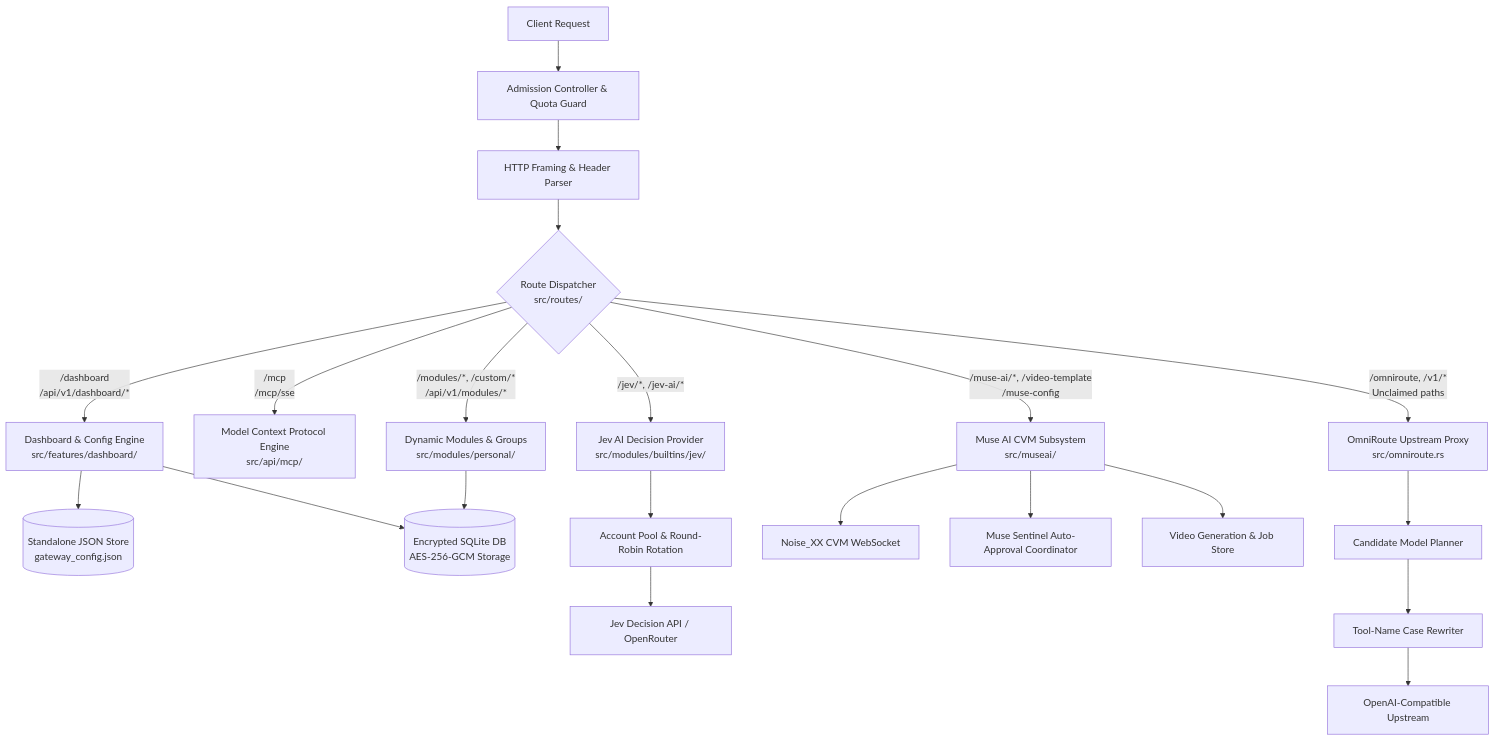
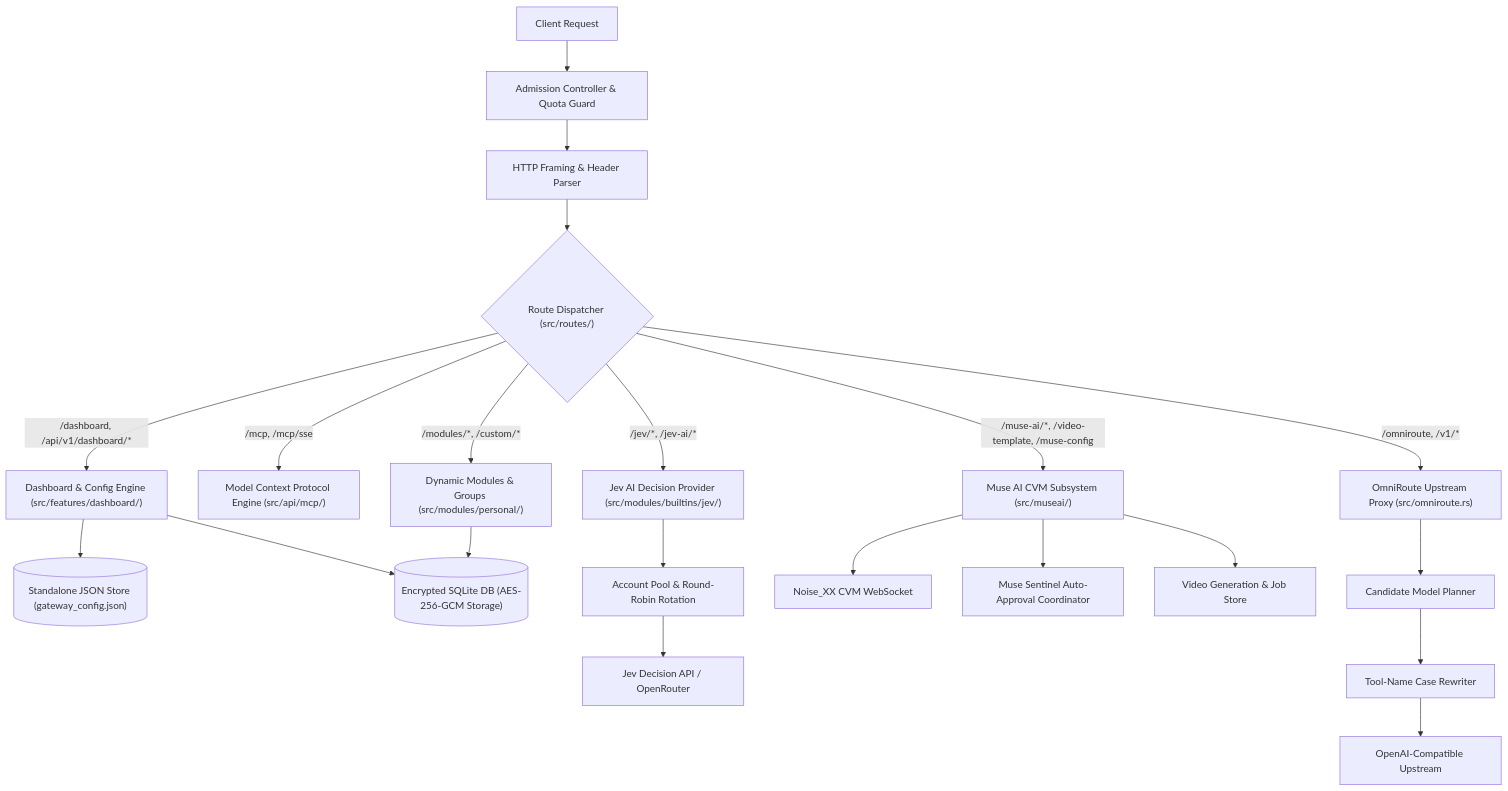
Before and after one commit to giauphan/toolcase-gateway: the diagram in docs/ARCHITECTURE.md, drawn with Mermaid. The commit also changed other lines of this file and 89 other files, not shown here.

````diff
--- a/docs/ARCHITECTURE.md
+++ b/docs/ARCHITECTURE.md
@@ -11,26 +11,26 @@
 ```mermaid
 flowchart TD
-    Client[Client Request] --> Adm[Admission Controller & Quota Guard]
-    Adm --> Parser[HTTP Framing & Header Parser]
-    Parser --> Router{Route Dispatcher\nsrc/routes/}
+    Client["Client Request"] --> Adm["Admission Controller & Quota Guard"]
+    Adm --> Parser["HTTP Framing & Header Parser"]
+    Parser --> Router{"Route Dispatcher (src/routes/)"}
 
-    Router -->|/dashboard\n/api/v1/dashboard/*| Dash[Dashboard & Config Engine\nsrc/features/dashboard/]
-    Router -->|/mcp\n/mcp/sse| MCP[Model Context Protocol Engine\nsrc/api/mcp/]
-    Router -->|/jev/*, /jev-ai/*| Jev[Jev AI Decision Provider\nsrc/modules/builtins/jev/]
-    Router -->|/muse-ai/*, /video-template\n/muse-config| Muse[Muse AI CVM Subsystem\nsrc/museai/]
-    Router -->|/modules/*, /custom/*\n/api/v1/modules/*| Mod[Dynamic Modules & Groups\nsrc/modules/personal/]
-    Router -->|/omniroute, /v1/*\nUnclaimed paths| Omni[OmniRoute Upstream Proxy\nsrc/omniroute.rs]
+    Router -->|"/dashboard, /api/v1/dashboard/*"| Dash["Dashboard & Config Engine (src/features/dashboard/)"]
+    Router -->|"/mcp, /mcp/sse"| MCP["Model Context Protocol Engine (src/api/mcp/)"]
+    Router -->|"/jev/*, /jev-ai/*"| Jev["Jev AI Decision Provider (src/modules/builtins/jev/)"]
+    Router -->|"/muse-ai/*, /video-template, /muse-config"| Muse["Muse AI CVM Subsystem (src/museai/)"]
+    Router -->|"/modules/*, /custom/*"| Mod["Dynamic Modules & Groups (src/modules/personal/)"]
+    Router -->|"/omniroute, /v1/*"| Omni["OmniRoute Upstream Proxy (src/omniroute.rs)"]
 
-    Dash --> Storage[(Standalone JSON Store\ngateway_config.json)]
-    Dash & Mod --> SQLite[(Encrypted SQLite DB\nAES-256-GCM Storage)]
-    Jev --> JevPool[Account Pool & Round-Robin Rotation]
-    JevPool --> JevUpstream[Jev Decision API / OpenRouter]
+    Dash --> Storage[("Standalone JSON Store (gateway_config.json)")]
+    Dash & Mod --> SQLite[("Encrypted SQLite DB (AES-256-GCM Storage)")]
+    Jev --> JevPool["Account Pool & Round-Robin Rotation"]
+    JevPool --> JevUpstream["Jev Decision API / OpenRouter"]
 
-    Muse --> Noise[Noise_XX CVM WebSocket]
-    Muse --> Sentinel[Muse Sentinel Auto-Approval Coordinator]
-    Muse --> VideoLifecycle[Video Generation & Job Store]
+    Muse --> Noise["Noise_XX CVM WebSocket"]
+    Muse --> Sentinel["Muse Sentinel Auto-Approval Coordinator"]
+    Muse --> VideoLifecycle["Video Generation & Job Store"]
 
-    Omni --> Candidates[Candidate Model Planner]
-    Candidates --> Rewriter[Tool-Name Case Rewriter]
-    Rewriter --> LLMUpstream[OpenAI-Compatible Upstream]
+    Omni --> Candidates["Candidate Model Planner"]
+    Candidates --> Rewriter["Tool-Name Case Rewriter"]
+    Rewriter --> LLMUpstream["OpenAI-Compatible Upstream"]
 ```
````
